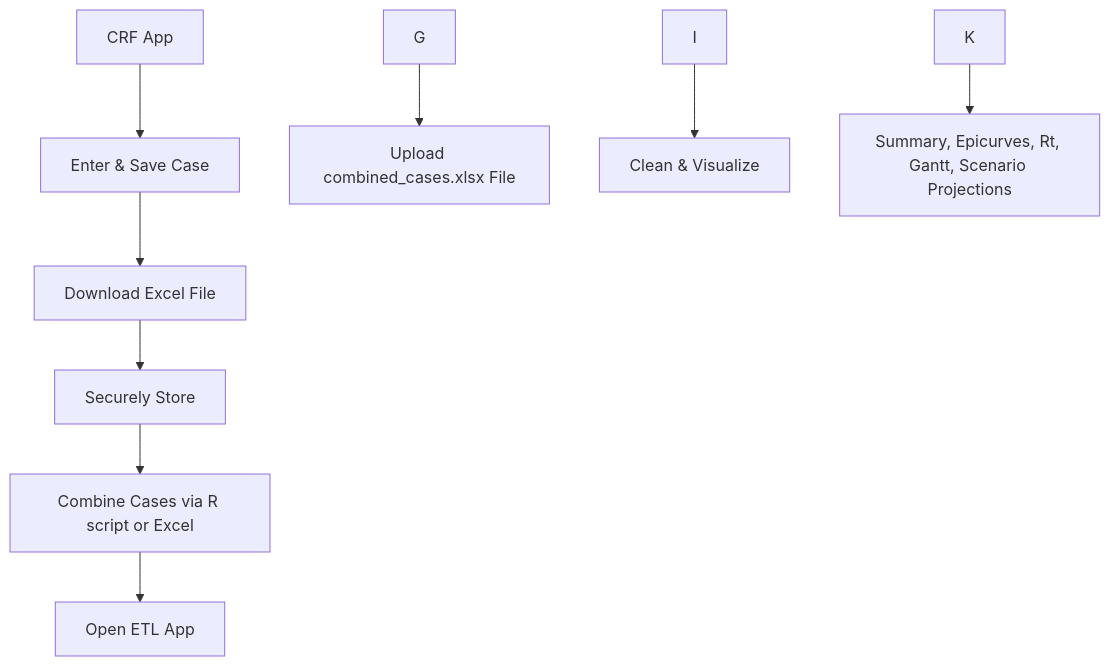
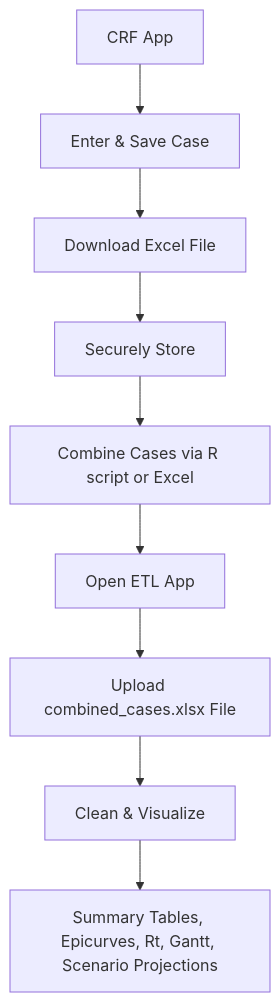
One commit to ddwarabandam/Measles-Investigation-Form-Web-App changed the diagram in README.md. Above: the diagram before and after it, drawn with Mermaid.

````diff
--- a/README.md
+++ b/README.md
@@ -504,11 +504,11 @@
 ```mermaid
 flowchart TD
   A[CRF App] --> B[Enter & Save Case]
   B --> C[Download Excel File]
   C --> D[Securely Store]
   D --> E[Combine Cases via R script or Excel]
   E --> F[Open ETL App]
-  G --> H[Upload combined_cases.xlsx File]
-  I --> J[Clean & Visualize]
-  K --> L[Summary, Epicurves, Rt, Gantt, Scenario Projections]
+  F --> G[Upload combined_cases.xlsx File]
+  G --> H[Clean & Visualize]
+  H --> I[Summary Tables, Epicurves, Rt, Gantt, Scenario Projections]
 ```
````
